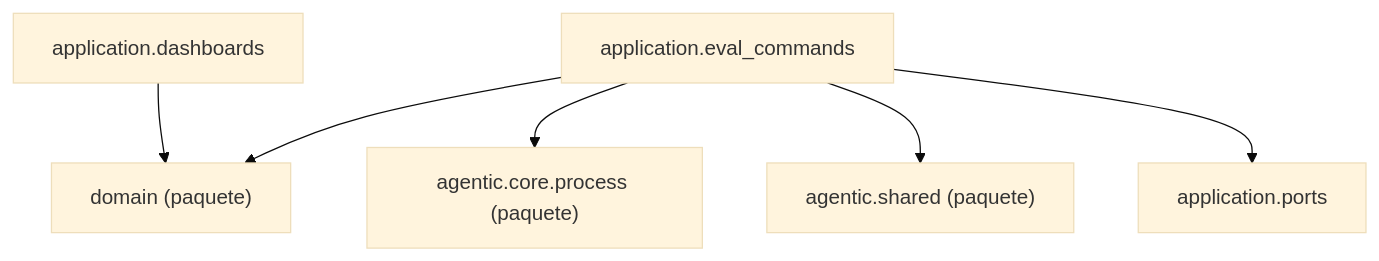
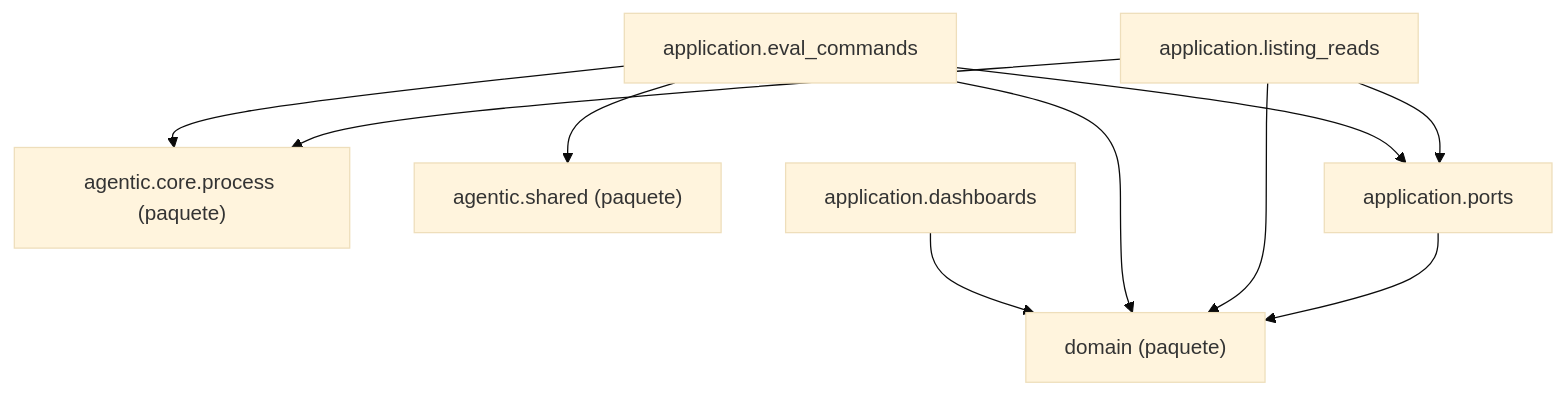
Before and after one commit to GonzaloZevallos/agentic-system: the diagram in docs/architecture/generated/packages-measurement-application.md, drawn with Mermaid (base theme). The commit also changed 12 other files, not shown here.

Commit message:
Keep times_for out of the measurement domain page, which is at its edge budget, and commit the regenerated architecture pages

````diff
--- a/docs/architecture/generated/packages-measurement-application.md
+++ b/docs/architecture/generated/packages-measurement-application.md
@@ -8,14 +8,19 @@
 ```mermaid
 graph TD
     g_pkg__agentic__core__process["agentic.core.process (paquete)"]
     g_pkg__agentic__shared["agentic.shared (paquete)"]
     g_pkg__domain["domain (paquete)"]
     m_application__dashboards["application.dashboards"]
     m_application__eval_commands["application.eval_commands"]
+    m_application__listing_reads["application.listing_reads"]
     m_application__ports["application.ports"]
     m_application__dashboards --> g_pkg__domain
     m_application__eval_commands --> g_pkg__agentic__core__process
     m_application__eval_commands --> g_pkg__agentic__shared
     m_application__eval_commands --> g_pkg__domain
     m_application__eval_commands --> m_application__ports
+    m_application__listing_reads --> g_pkg__agentic__core__process
+    m_application__listing_reads --> g_pkg__domain
+    m_application__listing_reads --> m_application__ports
+    m_application__ports --> g_pkg__domain
 ```
````
